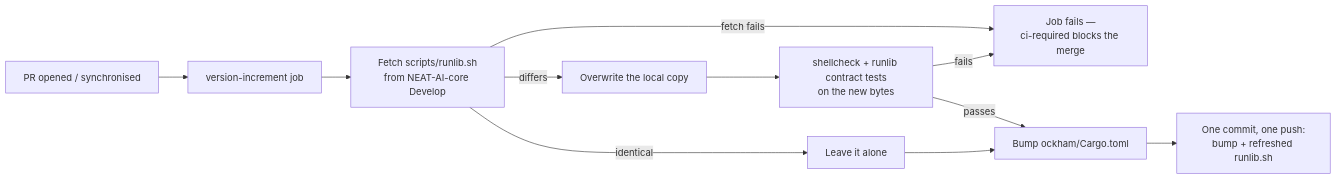
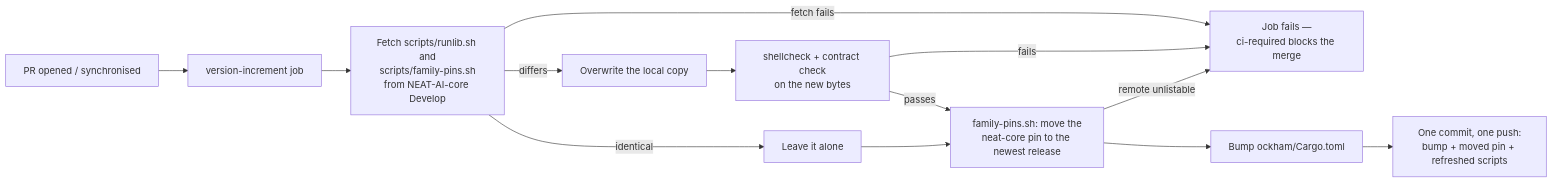
Before and after one commit to stSoftwareAU/NEAT-AI-Ockham: diagram 24 of 24 in README.md, drawn with Mermaid. The commit also changed other lines of this file and 20 other files, not shown here.

````diff
--- a/README.md
+++ b/README.md
@@ -2606,13 +2619,15 @@
 ```mermaid
 flowchart LR
     A["PR opened / synchronised"] --> B["version-increment job"]
-    B --> C["Fetch scripts/runlib.sh<br/>from NEAT-AI-core Develop"]
+    B --> C["Fetch scripts/runlib.sh and<br/>scripts/family-pins.sh<br/>from NEAT-AI-core Develop"]
     C -->|fetch fails| D["Job fails —<br/>ci-required blocks the merge"]
     C -->|identical| F["Leave it alone"]
     C -->|differs| E["Overwrite the local copy"]
-    E --> L["shellcheck + runlib contract tests<br/>on the new bytes"]
+    E --> L["shellcheck + contract check<br/>on the new bytes"]
     L -->|fails| D
-    L -->|passes| G["Bump ockham/Cargo.toml"]
-    F --> G
-    G --> H["One commit, one push:<br/>bump + refreshed runlib.sh"]
+    L -->|passes| P["family-pins.sh: move the<br/>neat-core pin to the newest release"]
+    F --> P
+    P -->|remote unlistable| D
+    P --> G["Bump ockham/Cargo.toml"]
+    G --> H["One commit, one push:<br/>bump + moved pin + refreshed scripts"]
 ```
````
